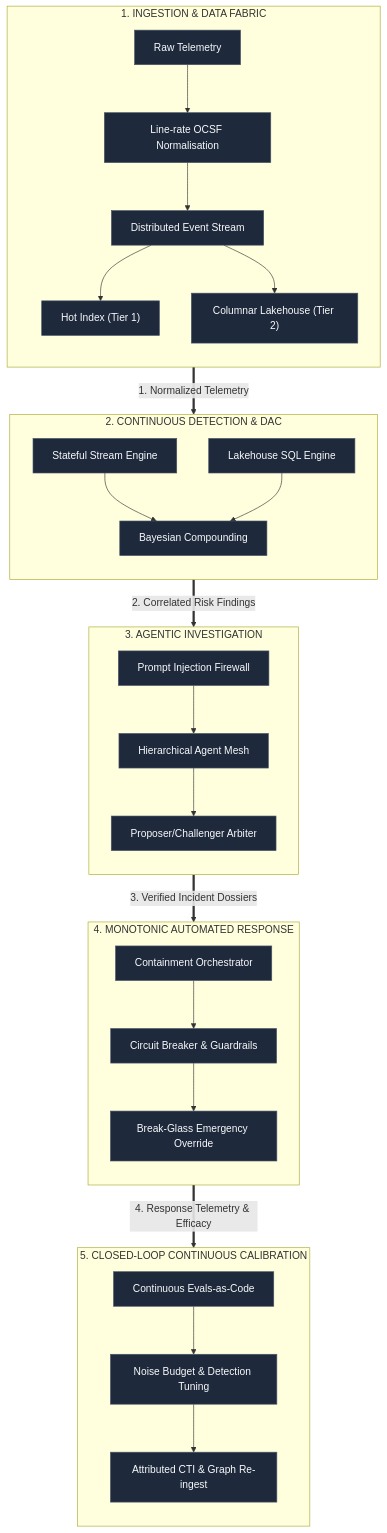
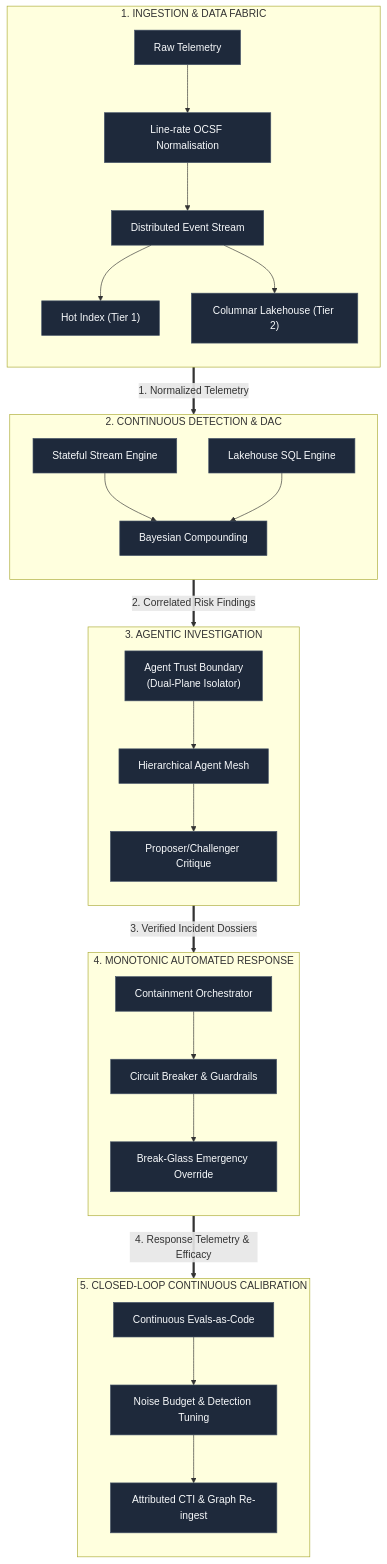
One commit to Haribu/TIDIR changed the diagram in docs/index.md. Above: the diagram before and after it, drawn with Mermaid. The commit also changed other lines of this file and 16 other files, not shown here.

Commit message:
feat: implement immediate architecture refinements and v0.2 roadmap

````diff
--- a/docs/index.md
+++ b/docs/index.md
@@ -82,52 +82,52 @@
 ```mermaid
 flowchart TB
     subgraph S1["1. INGESTION & DATA FABRIC"]
         direction TB
         RAW["Raw Telemetry"] --> NORM["Line-rate OCSF Normalisation"]
         NORM --> BUS["Distributed Event Stream"]
         BUS --> HOT["Hot Index (Tier 1)"]
         BUS --> LAKE["Columnar Lakehouse (Tier 2)"]
     end
 
     subgraph S2["2. CONTINUOUS DETECTION & DAC"]
         direction TB
         STREAM_DET["Stateful Stream Engine"]
         BATCH_DET["Lakehouse SQL Engine"]
         BAYES["Bayesian Compounding"]
         STREAM_DET --> BAYES
         BATCH_DET --> BAYES
     end
 
     subgraph S3["3. AGENTIC INVESTIGATION"]
         direction TB
-        FW["Prompt Injection Firewall"]
+        FW["Agent Trust Boundary\n(Dual-Plane Isolator)"]
         MESH["Hierarchical Agent Mesh"]
-        ARB["Proposer/Challenger Arbiter"]
+        ARB["Proposer/Challenger Critique"]
         FW --> MESH --> ARB
     end
 
     subgraph S4["4. MONOTONIC AUTOMATED RESPONSE"]
         direction TB
         RESP["Containment Orchestrator"]
         CIRCUIT["Circuit Breaker & Guardrails"]
         BG["Break-Glass Emergency Override"]
         RESP --> CIRCUIT --> BG
     end
 
     subgraph S5["5. CLOSED-LOOP CONTINUOUS CALIBRATION"]
         direction TB
         EVALS["Continuous Evals-as-Code"]
         TUNING["Noise Budget & Detection Tuning"]
         FEEDBACK["Attributed CTI & Graph Re-ingest"]
         EVALS --> TUNING --> FEEDBACK
     end
 
     S1 ==>|1. Normalized Telemetry| S2
     S2 ==>|2. Correlated Risk Findings| S3
     S3 ==>|3. Verified Incident Dossiers| S4
     S4 ==>|4. Response Telemetry & Efficacy| S5
 
     classDef default fill:#1e293b,stroke:#475569,stroke-width:1px,color:#f8fafc;
     classDef highlight fill:#0f766e,stroke:#14b8a6,stroke-width:1.5px,color:#ffffff;
     class RAW,NORM,BUS,HOT,LAKE,STREAM_DET,BATCH_DET,BAYES,FW,MESH,ARB,RESP,CIRCUIT,BG,EVALS,TUNING,FEEDBACK default;
 ```
````
